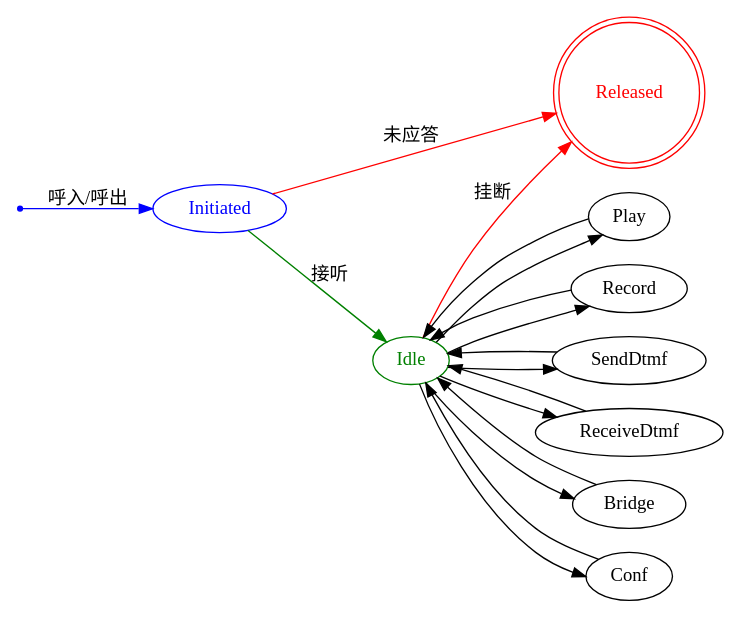
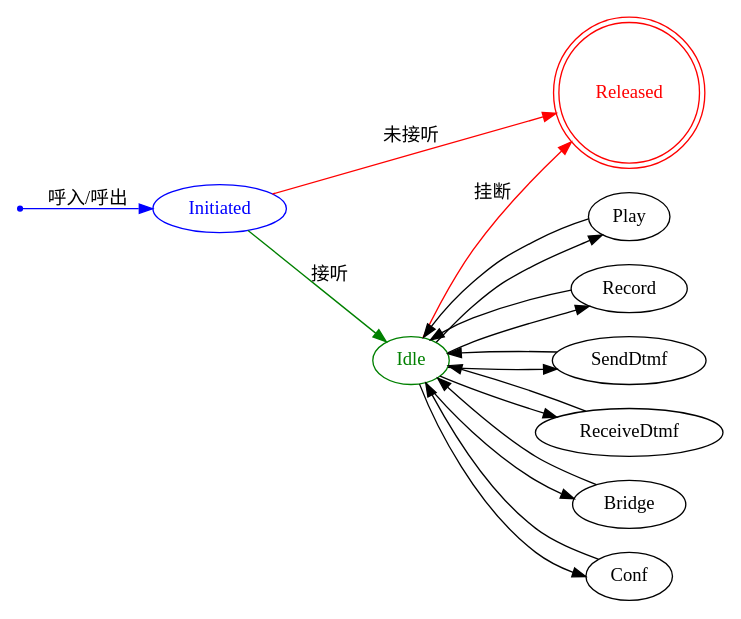
Before and after one commit to tanbro/ipsc-ccf: the diagram in docs/api-spec/call.rst, drawn with Graphviz. The commit also changed other lines of this file, not shown here.

```diff
--- a/docs/api-spec/call.rst
+++ b/docs/api-spec/call.rst
@@ -22,41 +22,41 @@
 .. graphviz::
 
   digraph ResourceState {
 
     size="6,6";
     rankdir="LR";
 
     Start [shape=point, color=blue, fontcolor=blue];
     Initiated [color=blue, fontcolor=blue];
     Idle [color=green, fontcolor=green];
     Released [shape=doublecircle, color=red, fontcolor=red];
 
     subgraph Performing {
       label="Food";
       graph[style=dotted];
       Play Record SendDtmf ReceiveDtmf Bridge Conf;
     }
 
     Start -> Initiated[label="呼入/呼出", color=blue];
-    Initiated -> Released [label="未应答", color=red];
+    Initiated -> Released [label="未接听", color=red];
     Initiated -> Idle [label="接听", color=green];
     Idle -> Released [label="挂断", color=red];
 
     Idle -> Play;
     Play -> Idle;
 
     Idle -> Record;
     Record -> Idle;
 
     Idle -> SendDtmf;
     SendDtmf -> Idle;
 
     Idle -> ReceiveDtmf;
     ReceiveDtmf -> Idle;
 
     Idle -> Bridge;
     Bridge -> Idle;
 
     Idle -> Conf;
     Conf -> Idle;
   }
```
